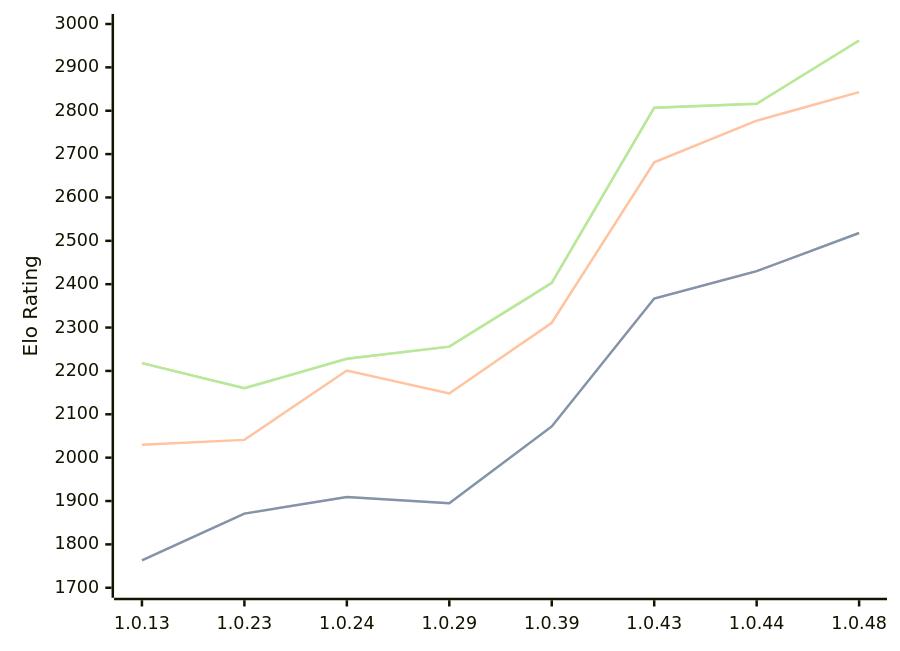
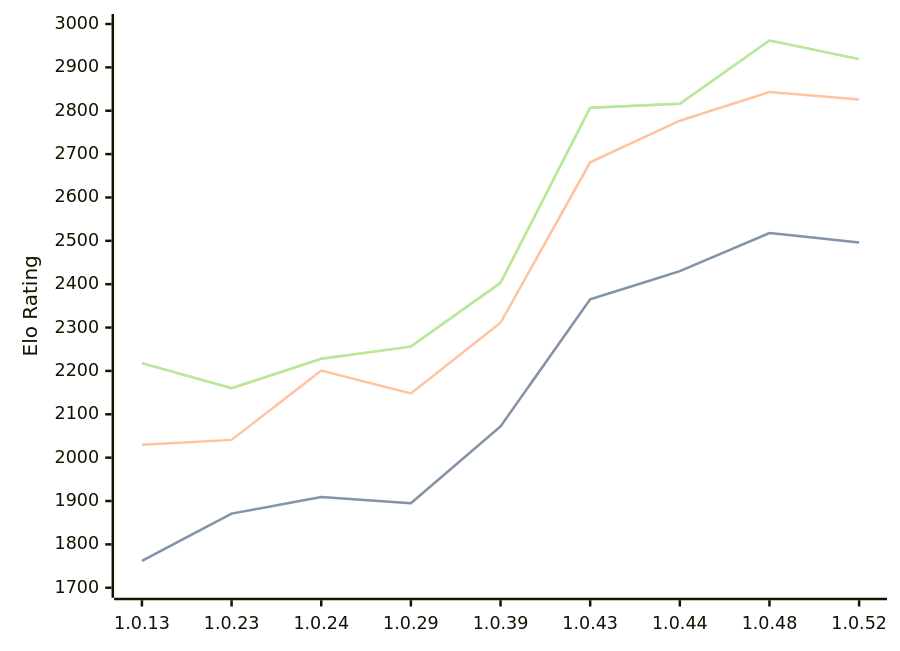
The diagram in engines/RustyRival.md (computer-chess-index/cci), drawn with Mermaid before and after one commit. The commit also changed other lines of this file, not shown here.

Commit message:
Update CCI Ratings (ELO VLTC) - 2026-08-07

````diff
--- a/engines/RustyRival.md
+++ b/engines/RustyRival.md
@@ -54,11 +54,11 @@
 ```mermaid
 %%{init: {"theme":"base","themeVariables":{"seriesColors:['#a3a3a3','#222221','#faa371']}}}%%
 xychart-beta
-  x-axis ["1.0.13", "1.0.23", "1.0.24", "1.0.29", "1.0.39", "1.0.43", "1.0.44", "1.0.48"]
+  x-axis ["1.0.13", "1.0.23", "1.0.24", "1.0.29", "1.0.39", "1.0.43", "1.0.44", "1.0.48", "1.0.52"]
   y-axis "Elo Rating" 1700 --> 3000
-  line "STC (8.0+0.08s)" [1763, 1871, 1909, 1895, 2072, 2367, 2430, 2518]
-  line "STC (8.0+0.08s)" [1763, 1871, 1909, 1895, 2072, 2367, 2430, 2518]
-  line "LTC (60.0+0.60s)" [2030, 2041, 2201, 2148, 2311, 2681, 2777, 2843]
-  line "VLTC (2m24s+1.12s)" [2218, 2160, 2228, 2256, 2403, 2807, 2816, 2962]
-  line "VLTC (2m24s+1.12s)" [2218, 2160, 2228, 2256, 2403, 2807, 2816, 2962]
+  line "STC (8.0+0.08s)" [1762, 1871, 1909, 1895, 2072, 2365, 2430, 2518, 2496]
+  line "STC (8.0+0.08s)" [1762, 1871, 1909, 1895, 2072, 2365, 2430, 2518, 2496]
+  line "LTC (60.0+0.60s)" [2030, 2041, 2201, 2148, 2311, 2681, 2777, 2843, 2826]
+  line "VLTC (2m24s+1.12s)" [2218, 2160, 2228, 2256, 2403, 2807, 2816, 2962, 2919]
+  line "VLTC (2m24s+1.12s)" [2218, 2160, 2228, 2256, 2403, 2807, 2816, 2962, 2919]
 ```
````
